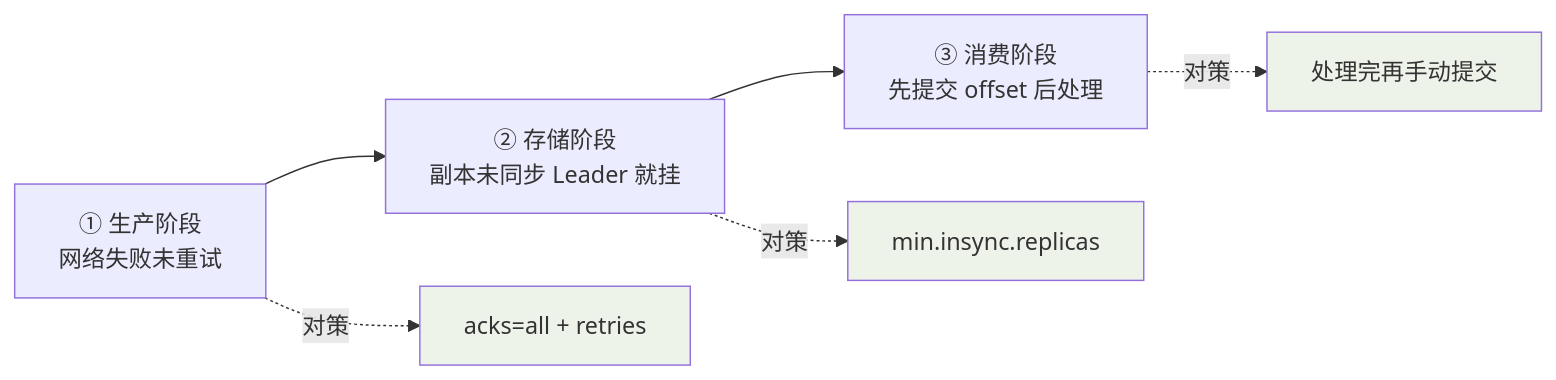
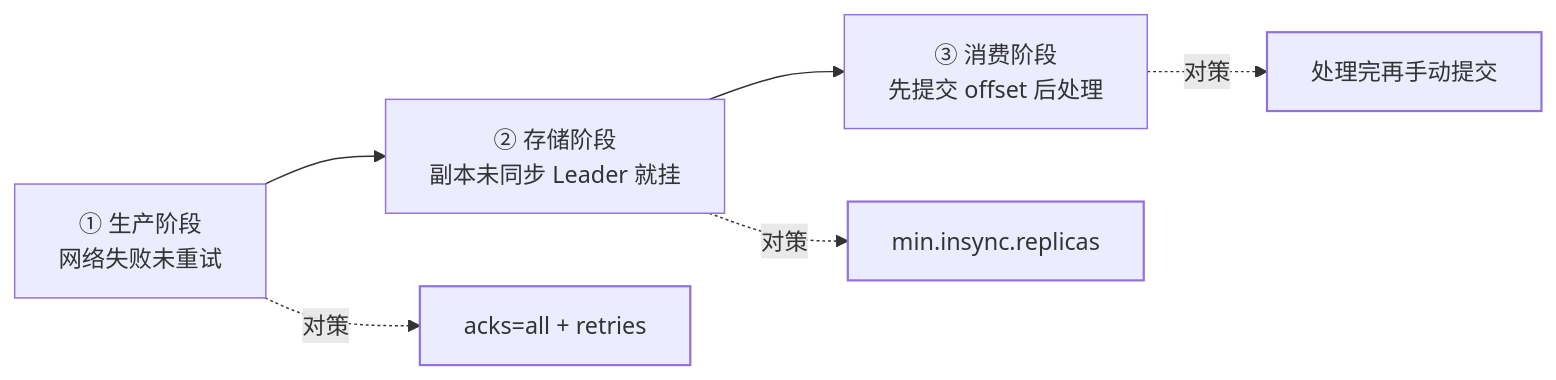
The first of 2 diagrams in src/content/docs/kafka/intermediate/core/03-reliability-idempotent.md (Loadhao/ascension), drawn with Mermaid before and after one commit. The commit also changed other lines of this file and 87 other files, not shown here.

First line of the commit message:
fix: 全站图表配色改由主题接管，修复暗色主题下浅底浅字看不清

````diff
--- a/src/content/docs/kafka/intermediate/core/03-reliability-idempotent.md
+++ b/src/content/docs/kafka/intermediate/core/03-reliability-idempotent.md
@@ -10,12 +10,13 @@
 ```mermaid
 flowchart LR
     P["① 生产阶段<br/>网络失败未重试"] --> B["② 存储阶段<br/>副本未同步 Leader 就挂"]
     B --> C["③ 消费阶段<br/>先提交 offset 后处理"]
     P -.对策.-> D1["acks=all + retries"]
     B -.对策.-> D2["min.insync.replicas"]
     C -.对策.-> D3["处理完再手动提交"]
 
-    style D1 fill:#eef3ea
-    style D2 fill:#eef3ea
-    style D3 fill:#eef3ea
+    class D1 good
+    class D2 good
+    class D3 good
+    classDef good stroke-width:1.5px
 ```
````
